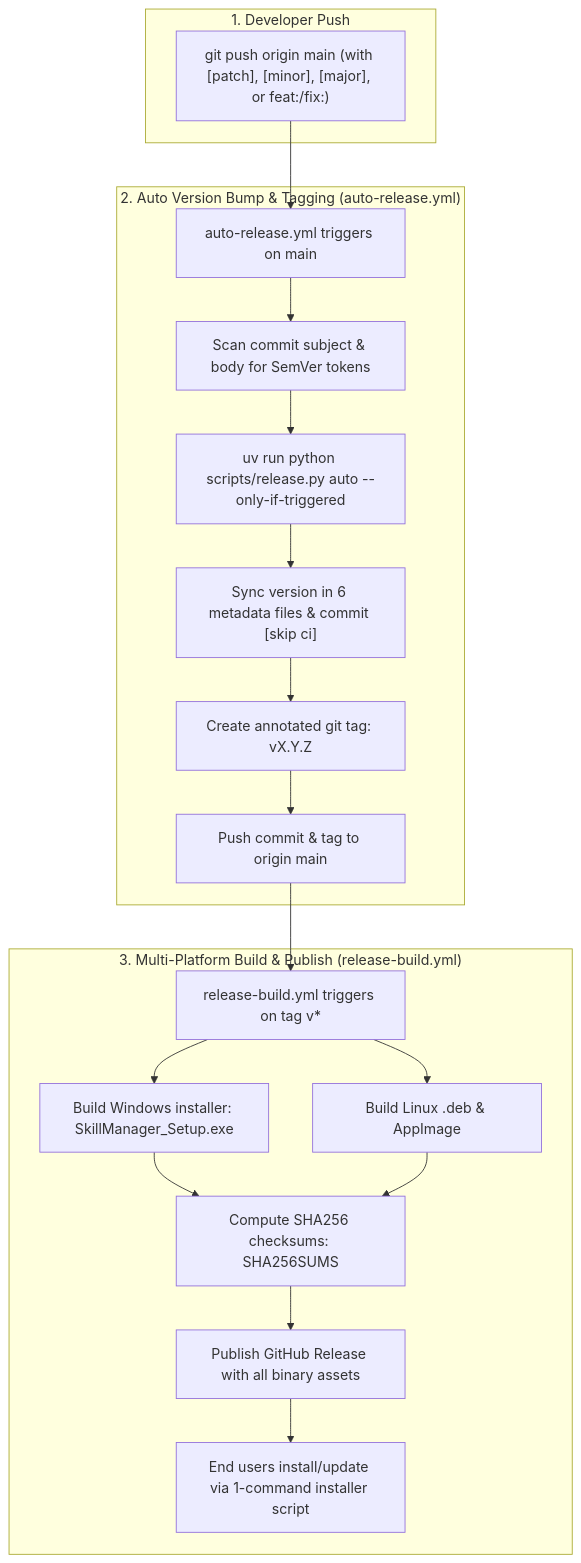
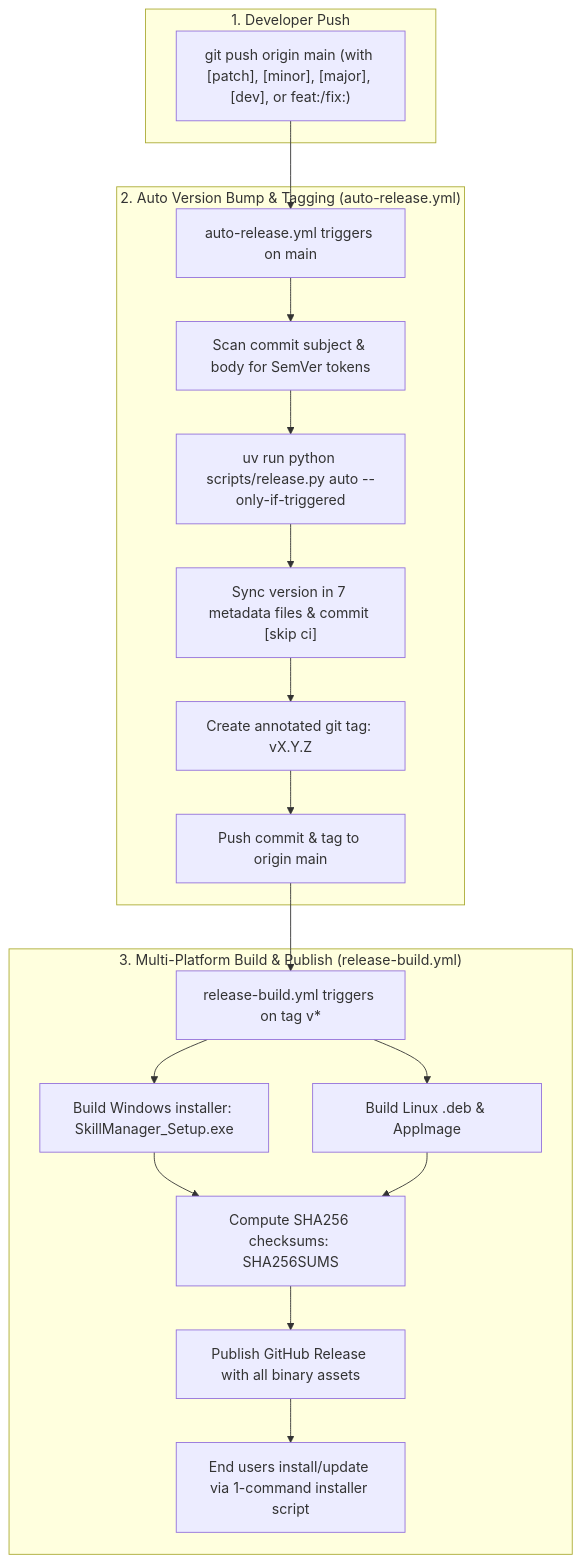
Before and after one commit to dishanagalawatta/SkillManager: the second of 3 diagrams in docs/CI_CD.md, drawn with Mermaid. The commit also changed other lines of this file and 5 other files, not shown here.

````diff
--- a/docs/CI_CD.md
+++ b/docs/CI_CD.md
@@ -42,25 +42,25 @@
 ```mermaid
 flowchart TD
     subgraph "1. Developer Push"
-        A["git push origin main (with [patch], [minor], [major], or feat:/fix:)"]
+        A["git push origin main (with [patch], [minor], [major], [dev], or feat:/fix:)"]
     end
 
     subgraph "2. Auto Version Bump & Tagging (auto-release.yml)"
         A --> B["auto-release.yml triggers on main"]
         B --> C["Scan commit subject & body for SemVer tokens"]
         C --> D["uv run python scripts/release.py auto --only-if-triggered"]
-        D --> E["Sync version in 6 metadata files & commit [skip ci]"]
+        D --> E["Sync version in 7 metadata files & commit [skip ci]"]
         E --> F["Create annotated git tag: vX.Y.Z"]
         F --> G["Push commit & tag to origin main"]
     end
 
     subgraph "3. Multi-Platform Build & Publish (release-build.yml)"
         G --> H["release-build.yml triggers on tag v*"]
         H --> I["Build Windows installer: SkillManager_Setup.exe"]
         H --> J["Build Linux .deb & AppImage"]
         I --> K["Compute SHA256 checksums: SHA256SUMS"]
         J --> K
         K --> L["Publish GitHub Release with all binary assets"]
         L --> M["End users install/update via 1-command installer script"]
     end
 ```
````
